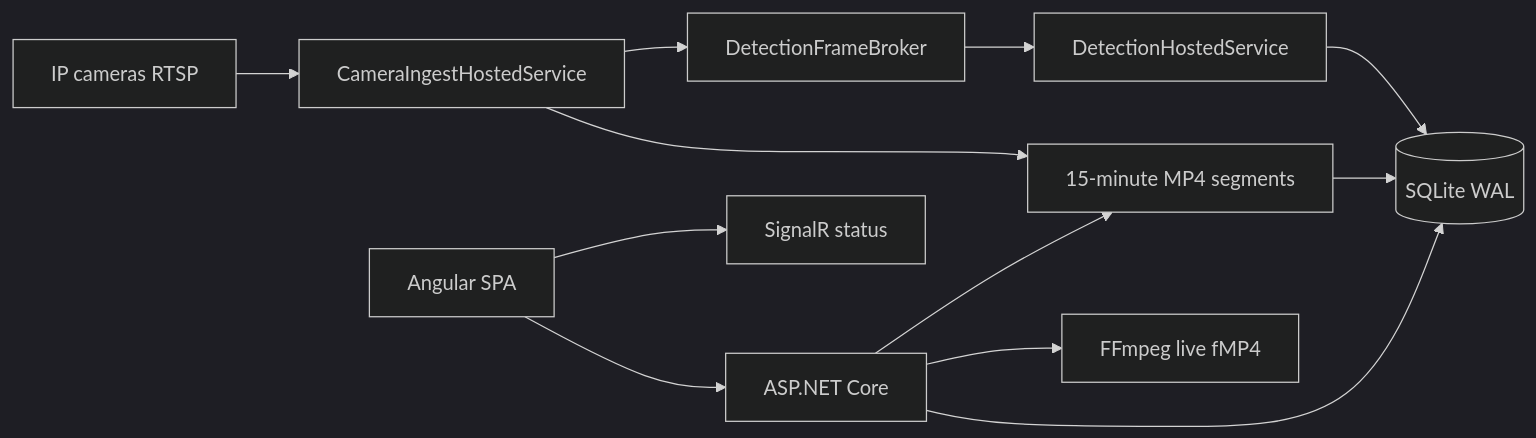
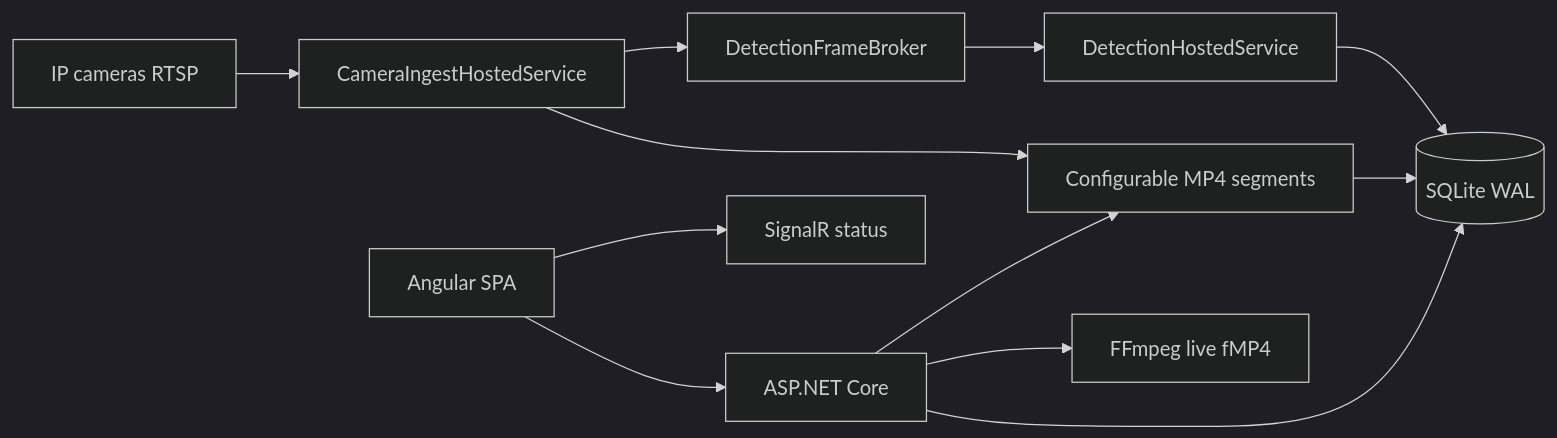
Before and after one commit to bolorundurowb/nidus-vision: the diagram in ARCHITECTURE.md, drawn with Mermaid (dark theme). The commit also changed other lines of this file and 2 other files, not shown here.

First line of the commit message:
ft: make recording segment length configurable

````diff
--- a/ARCHITECTURE.md
+++ b/ARCHITECTURE.md
@@ -7,14 +7,14 @@
 ```mermaid
 flowchart LR
   Cameras[IP cameras RTSP] --> Ingest[CameraIngestHostedService]
-  Ingest --> Disk[15-minute MP4 segments]
+  Ingest --> Disk[Configurable MP4 segments]
   Ingest --> Broker[DetectionFrameBroker]
   Broker --> Detect[DetectionHostedService]
   Detect --> SQLite[(SQLite WAL)]
   Disk --> SQLite
   Browser[Angular SPA] --> API[ASP.NET Core]
   Browser --> Hub[SignalR status]
   API --> SQLite
   API --> Live[FFmpeg live fMP4]
   API --> Disk
 ```
````
